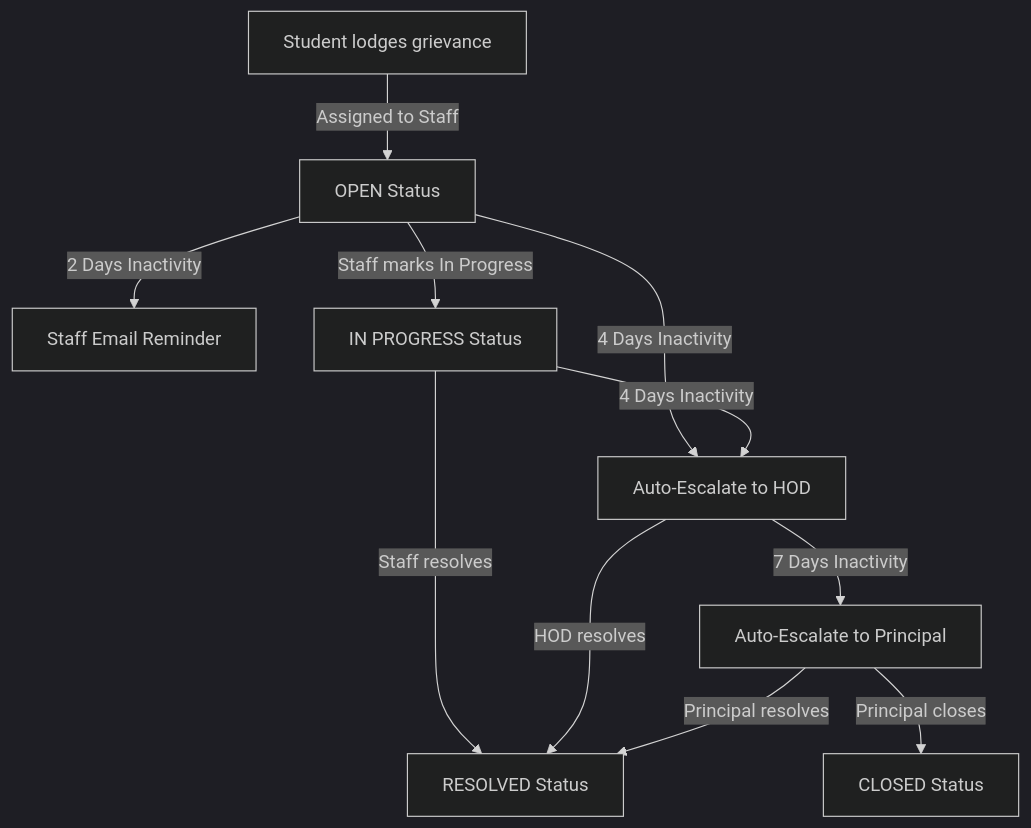
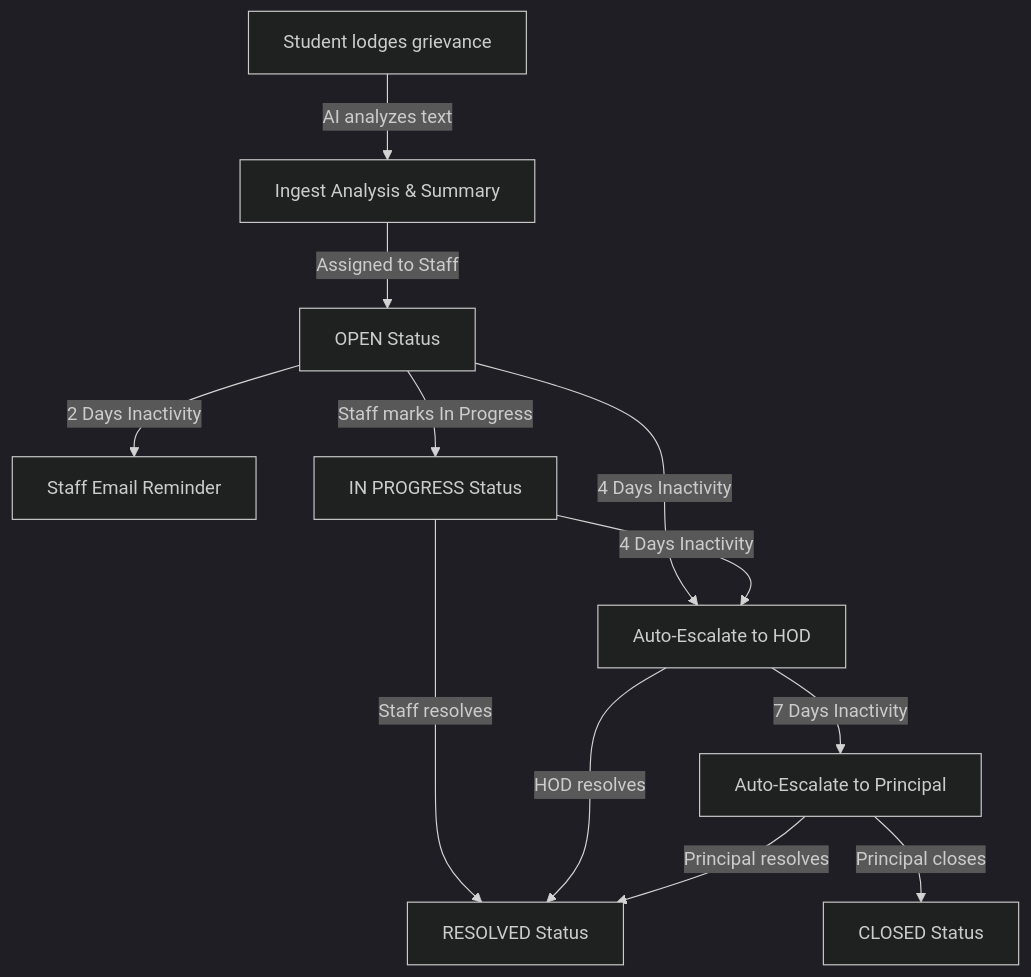
Before and after one commit to DHARSHAN-PARAMASIVAN/Grievances-Connect: the diagram in README.md, drawn with Mermaid (dark theme). The commit also changed other lines of this file and 1 other file, not shown here.

````diff
--- a/README.md
+++ b/README.md
@@ -13,13 +13,14 @@
 ```mermaid
 graph TD
-    A[Student lodges grievance] -->|Assigned to Staff| B[OPEN Status]
+    A[Student lodges grievance] -->|AI analyzes text| AI[Ingest Analysis & Summary]
+    AI -->|Assigned to Staff| B[OPEN Status]
     B -->|2 Days Inactivity| C[Staff Email Reminder]
     B -->|Staff marks In Progress| D[IN PROGRESS Status]
     B -->|4 Days Inactivity| E[Auto-Escalate to HOD]
     D -->|4 Days Inactivity| E[Auto-Escalate to HOD]
     E -->|7 Days Inactivity| F[Auto-Escalate to Principal]
     D -->|Staff resolves| G[RESOLVED Status]
     E -->|HOD resolves| G[RESOLVED Status]
     F -->|Principal resolves| G[RESOLVED Status]
     F -->|Principal closes| H[CLOSED Status]
 ```
````
